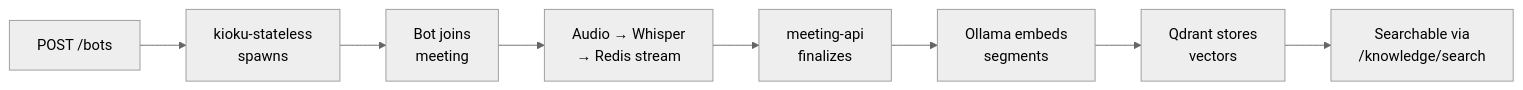
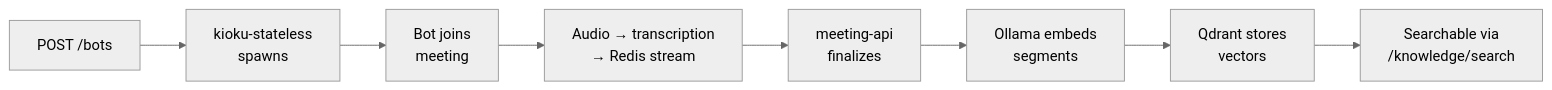
One commit to kioku-org/kioku changed the diagram in docs/core-concepts/meeting-memory.md. Above: the diagram before and after it, drawn with Mermaid (neutral theme). The commit also changed other lines of this file and 31 other files, not shown here.

````diff
--- a/docs/core-concepts/meeting-memory.md
+++ b/docs/core-concepts/meeting-memory.md
@@ -10,10 +10,10 @@
 ```mermaid
 flowchart LR
     A[POST /bots] --> B[kioku-stateless\nspawns]
     B --> C[Bot joins\nmeeting]
-    C --> D[Audio → Whisper\n→ Redis stream]
+    C --> D[Audio → transcription\n→ Redis stream]
     D --> E[meeting-api\nfinalizes]
     E --> F[Ollama embeds\nsegments]
     F --> G[Qdrant stores\nvectors]
     G --> H[Searchable via\n/knowledge/search]
 ```
````
